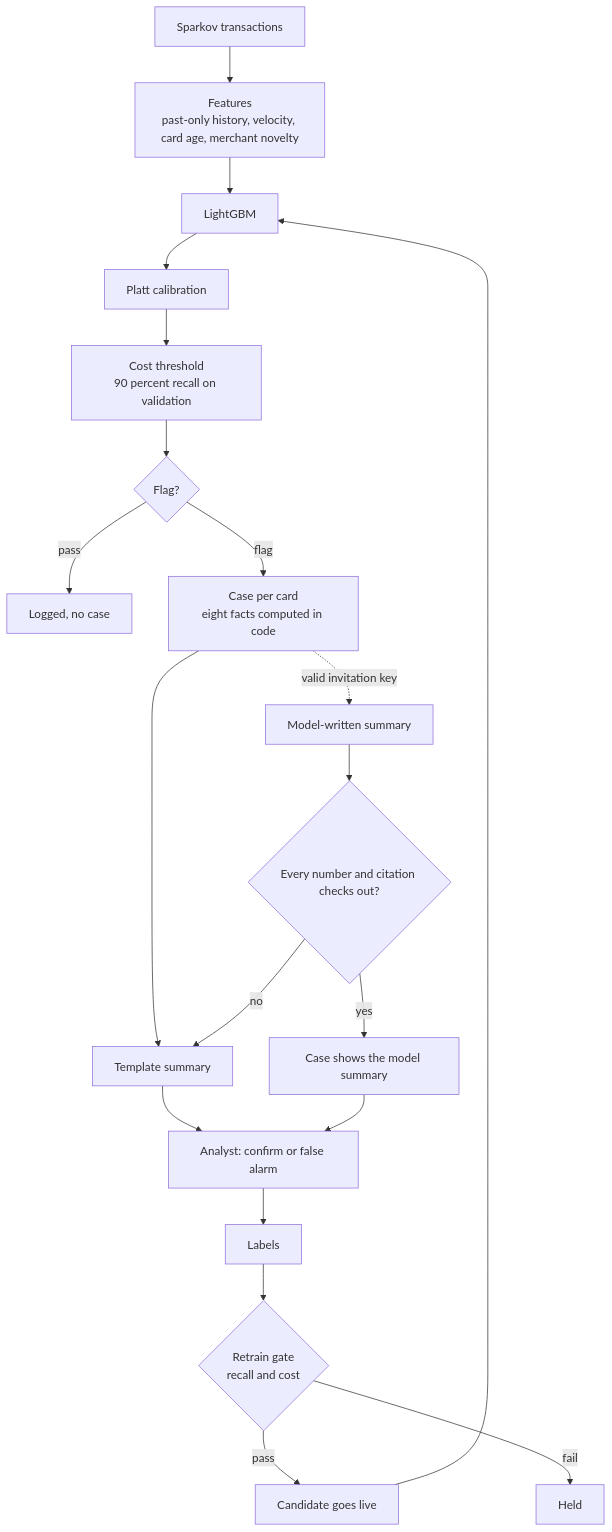
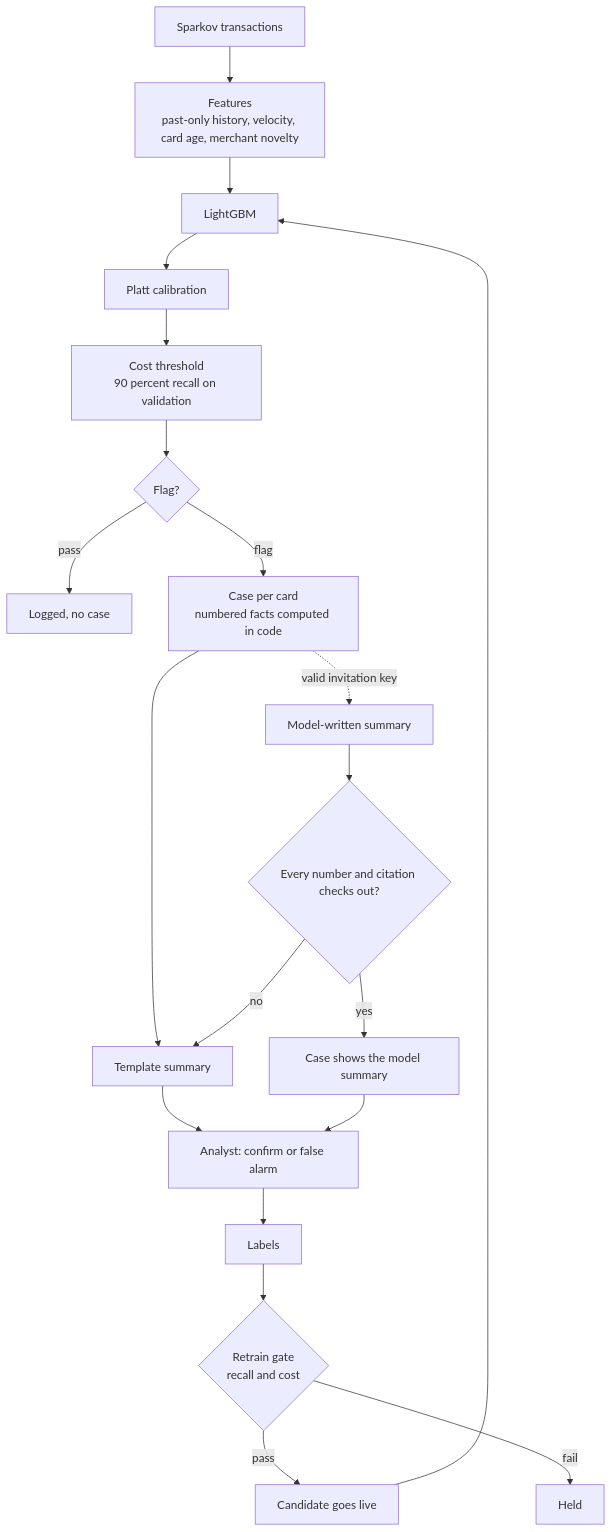
The diagram in README.md (YoussefHarrabii/fraud-loop), drawn with Mermaid before and after one commit. The commit also changed other lines of this file, not shown here.

````diff
--- a/README.md
+++ b/README.md
@@ -33,22 +33,22 @@
 ```mermaid
 flowchart TD
     A[Sparkov transactions] --> B[Features<br/>past-only history, velocity, card age, merchant novelty]
     B --> C[LightGBM]
     C --> D[Platt calibration]
     D --> E[Cost threshold<br/>90 percent recall on validation]
     E --> F{Flag?}
     F -- pass --> G[Logged, no case]
-    F -- flag --> H[Case per card<br/>eight facts computed in code]
+    F -- flag --> H[Case per card<br/>numbered facts computed in code]
     H --> I[Template summary]
     H -. valid invitation key .-> J[Model-written summary]
     J --> K{Every number and citation checks out?}
     K -- no --> I
     K -- yes --> L[Case shows the model summary]
     I --> M[Analyst: confirm or false alarm]
     L --> M
     M --> N[Labels]
     N --> O{Retrain gate<br/>recall and cost}
     O -- pass --> P[Candidate goes live]
     O -- fail --> Q[Held]
     P --> C
 ```
````
